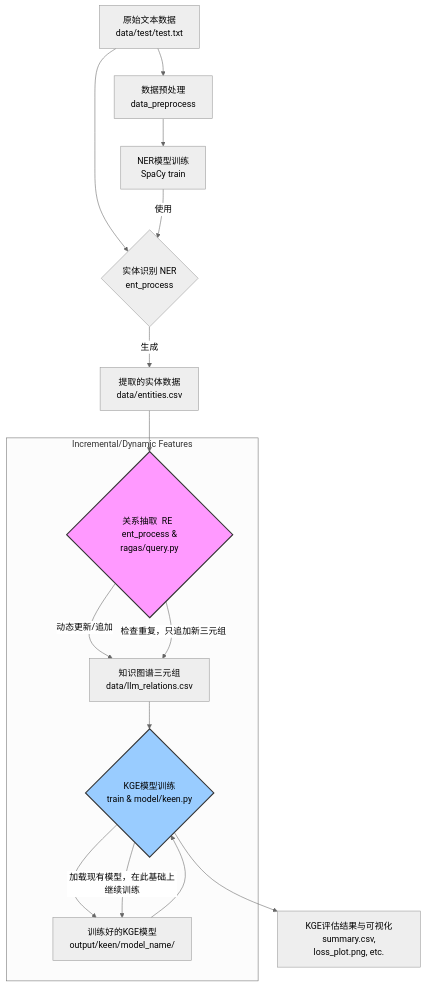
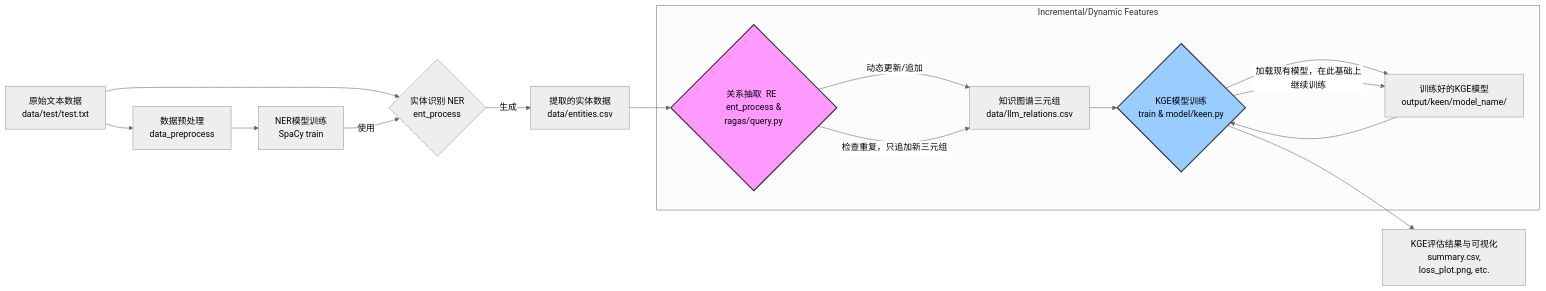
One commit to jzc12/blog changed the diagram in src/articles/ner_kge.md. Above: the diagram before and after it, drawn with Mermaid (neutral theme). The commit also changed other lines of this file and 10 other files, not shown here.

````diff
--- a/src/articles/ner_kge.md
+++ b/src/articles/ner_kge.md
@@ -129,38 +127,38 @@
 ```mermaid
-graph TD
+graph LR
     A[原始文本数据\n data/test/test.txt  ]
     B[数据预处理\n data_preprocess  ]
     C[NER模型训练\n SpaCy train  ]
     D{实体识别  NER  \n ent_process  }
     E[提取的实体数据\n data/entities.csv  ]
     F{关系抽取  RE  \n ent_process & ragas/query.py  }
     G[知识图谱三元组\n data/llm_relations.csv  ]
     H{KGE模型训练\n train & model/keen.py  }
     I[训练好的KGE模型\n output/keen/model_name/  ]
     J[KGE评估结果与可视化\n summary.csv, loss_plot.png, etc.  ]
 
     %% Data Flow
     A --> B
     B --> C
     A --> D
     C -- 使用 --> D
     D -- 生成 --> E
     E --> F
     F -- 动态更新/追加 --> G
 
     %% Incremental Learning Path
     G --> H
     H --> I
     I --> H
     H --> J
 
     %% Highlight key aspects
     subgraph Incremental/Dynamic Features
         F -- "检查重复，只追加新三元组" --> G
         H -- "加载现有模型，在此基础上继续训练" --> I
     end
 
     style F fill:#f9f,stroke:#333,stroke-width:2px
     style H fill:#9cf,stroke:#333,stroke-width:2px
 
 ```
````
